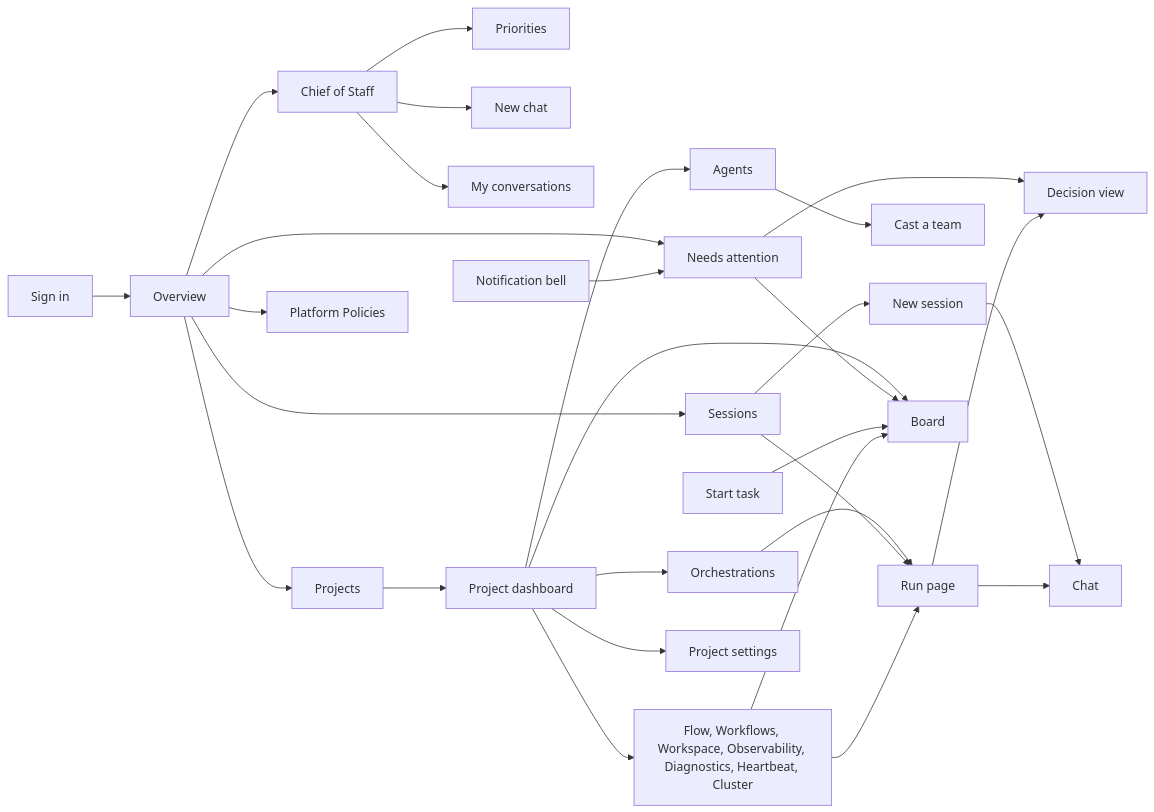
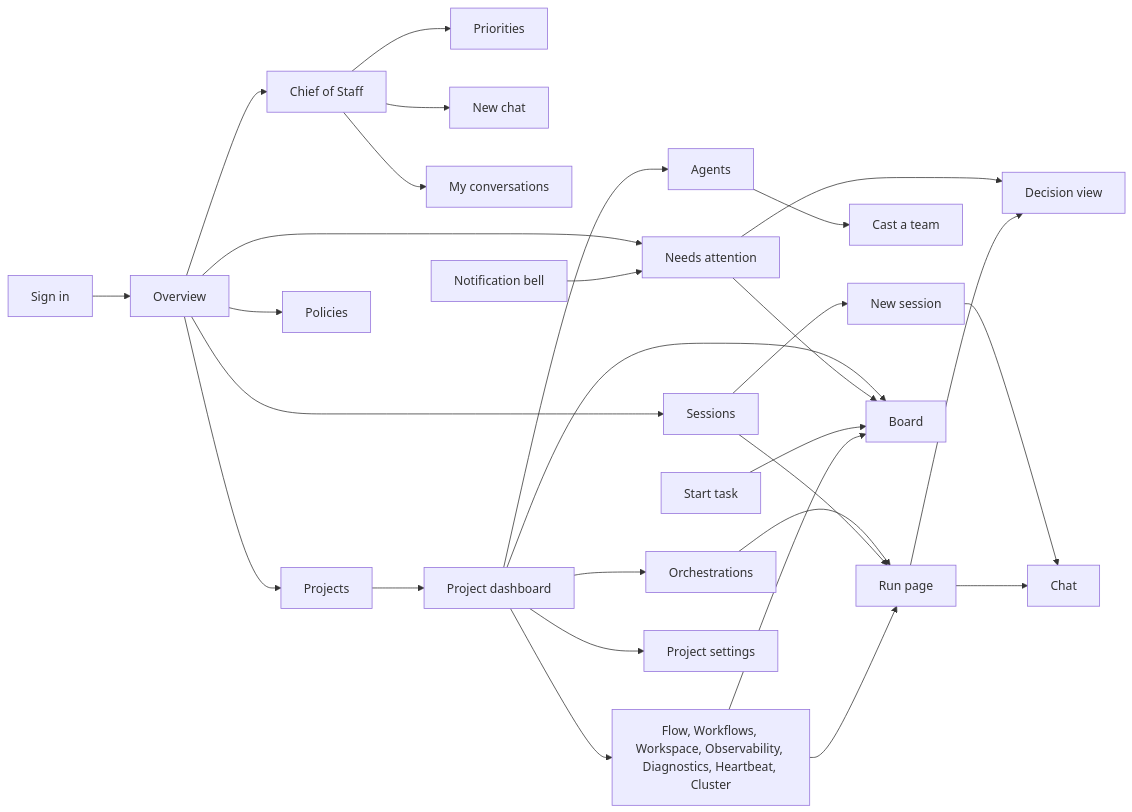
Before and after one commit to sabbour/agentweaver: the diagram in docs/reference/web-ui-parity.md, drawn with Mermaid. The commit also changed 13 other files, not shown here.

````diff
--- a/docs/reference/web-ui-parity.md
+++ b/docs/reference/web-ui-parity.md
@@ -41,31 +41,31 @@
 ```mermaid
 flowchart LR
   signin[Sign in] --> overview[Overview]
   overview --> chief[Chief of Staff]
   chief --> priorities[Priorities]
   chief --> newchat[New chat]
   chief --> conversations[My conversations]
   overview --> projects[Projects]
-  overview --> policies[Platform Policies]
+  overview --> policies[Policies]
   overview --> sessions[Sessions]
   overview --> attention[Needs attention]
   bell[Notification bell] --> attention
   sessions --> newsession[New session]
   newsession --> chat[Chat]
   projects --> dashboard[Project dashboard]
   dashboard --> orch[Orchestrations]
   dashboard --> agents[Agents]
   agents --> cast[Cast a team]
   orch --> run[Run page]
   sessions --> run
   attention --> decision[Decision view]
   dashboard --> board[Board]
   attention --> board
   starttask[Start task] --> board
   run --> decision
   run --> chat
   dashboard --> ops[Flow, Workflows, Workspace, Observability, Diagnostics, Heartbeat, Cluster]
   ops --> run
   ops --> board
   dashboard --> settings[Project settings]
 ```
````
